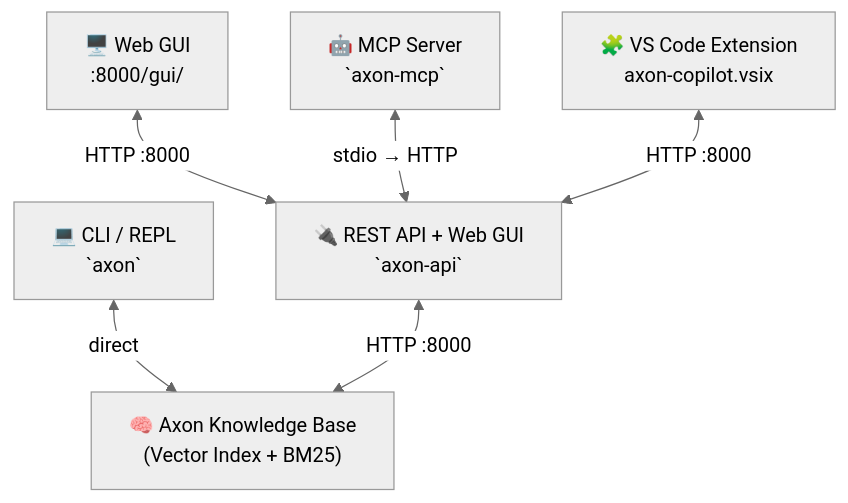
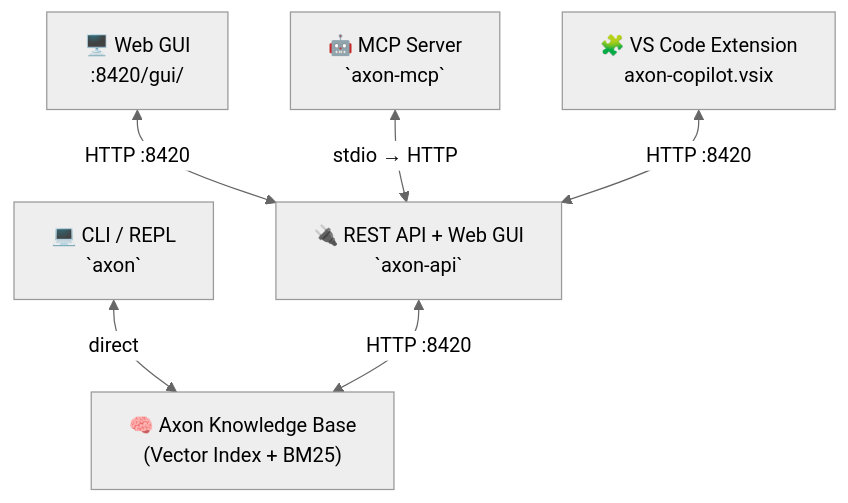
One commit to jyunming/Axon changed the diagram in docs/assets/diagrams/entry-points.mmd. Above: the diagram before and after it, drawn with Mermaid (neutral theme). The commit also changed 1 other file, not shown here.

Commit message:
docs: regenerate the entry-points diagram
Renders the .mmd source corrected in the previous commit, so the first image in
GETTING_STARTED.md no longer shows the deleted Streamlit entry point. Closes the
one finding deferred from the PR 2 review.

Also fixes stale ports in the same diagram while regenerating: it still showed
:8000 in four places, but axon-api's default bind moved to :8420 in 0.4.4.

Rendered with:
  npx -p @mermaid-js/mermaid-cli mmdc -i docs/assets/diagrams/entry-points.mmd \
    -o docs/assets/diagrams/entry-points.png -b white -w 1400

Claude-Session: https://claude.ai/code/session_014Dg6MaVSehyTRUuksgNttt

```diff
--- a/docs/assets/diagrams/entry-points.mmd
+++ b/docs/assets/diagrams/entry-points.mmd
@@ -1,14 +1,14 @@
 flowchart TB
     KB["🧠 Axon Knowledge Base\n(Vector Index + BM25)"]
 
     REPL["💻 CLI / REPL\n`axon`"]
     API["🔌 REST API + Web GUI\n`axon-api`"]
-    GUI["🖥️ Web GUI\n:8000/gui/"]
+    GUI["🖥️ Web GUI\n:8420/gui/"]
     MCP["🤖 MCP Server\n`axon-mcp`"]
     EXT["🧩 VS Code Extension\naxon-copilot.vsix"]
 
     REPL <-->|direct| KB
-    API <-->|HTTP :8000| KB
-    GUI <-->|HTTP :8000| API
+    API <-->|HTTP :8420| KB
+    GUI <-->|HTTP :8420| API
     MCP <-->|stdio → HTTP| API
-    EXT <-->|HTTP :8000| API
+    EXT <-->|HTTP :8420| API
```
